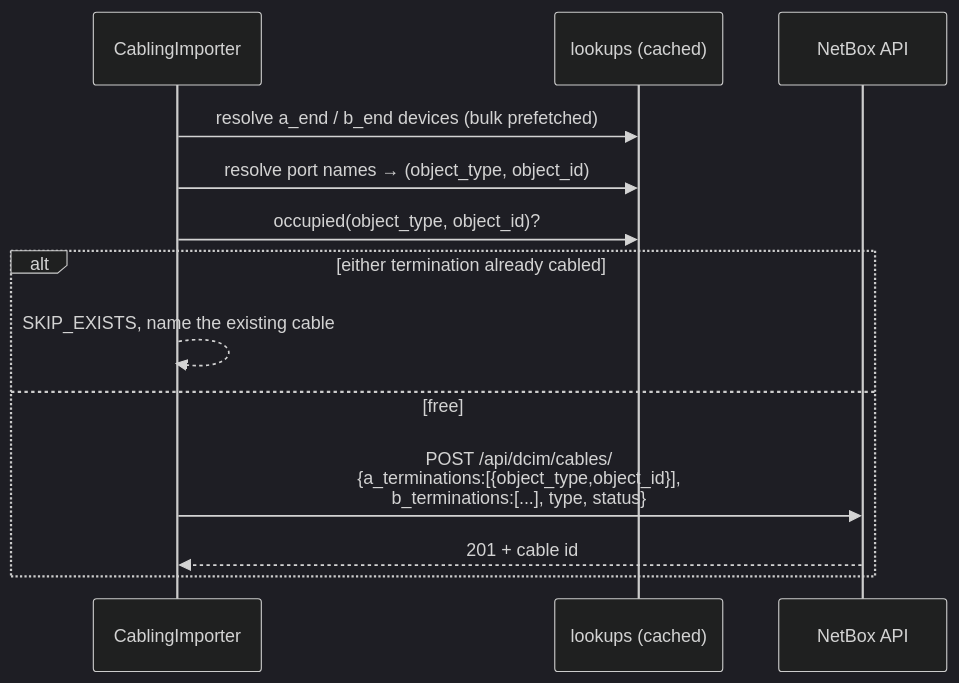
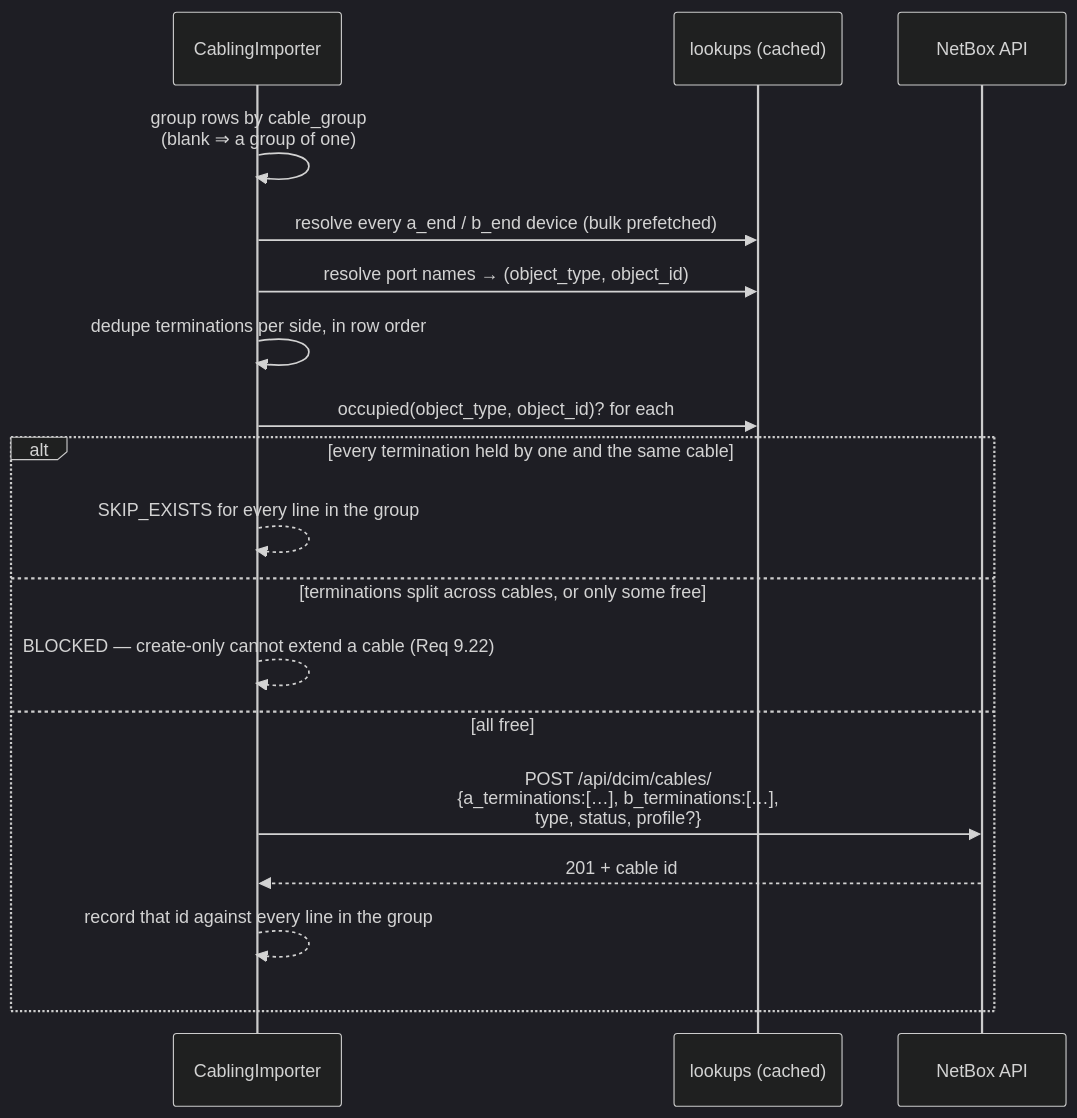
One commit to kangxin-liu/netbox-tool-kits changed the third of 3 diagrams in .kiro/specs/netbox-bulk-provisioning/design.md. Above: the diagram before and after it, drawn with Mermaid (dark theme). The commit also changed other lines of this file and 29 other files, not shown here.

````diff
--- a/.kiro/specs/netbox-bulk-provisioning/design.md
+++ b/.kiro/specs/netbox-bulk-provisioning/design.md
@@ -618,16 +744,21 @@
 ```mermaid
 sequenceDiagram
     participant I as CablingImporter
     participant L as lookups (cached)
     participant NB as NetBox API
 
-    I->>L: resolve a_end / b_end devices (bulk prefetched)
+    I->>I: group rows by cable_group<br/>(blank ⇒ a group of one)
+    I->>L: resolve every a_end / b_end device (bulk prefetched)
     I->>L: resolve port names → (object_type, object_id)
-    I->>L: occupied(object_type, object_id)?
-    alt either termination already cabled
-        I-->>I: SKIP_EXISTS, name the existing cable
-    else free
-        I->>NB: POST /api/dcim/cables/<br/>{a_terminations:[{object_type,object_id}],<br/> b_terminations:[...], type, status}
+    I->>I: dedupe terminations per side, in row order
+    I->>L: occupied(object_type, object_id)? for each
+    alt every termination held by one and the same cable
+        I-->>I: SKIP_EXISTS for every line in the group
+    else terminations split across cables, or only some free
+        I-->>I: BLOCKED — create-only cannot extend a cable (Req 9.22)
+    else all free
+        I->>NB: POST /api/dcim/cables/<br/>{a_terminations:[…], b_terminations:[…],<br/> type, status, profile?}
         NB-->>I: 201 + cable id
+        I-->>I: record that id against every line in the group
     end
 ```
````
